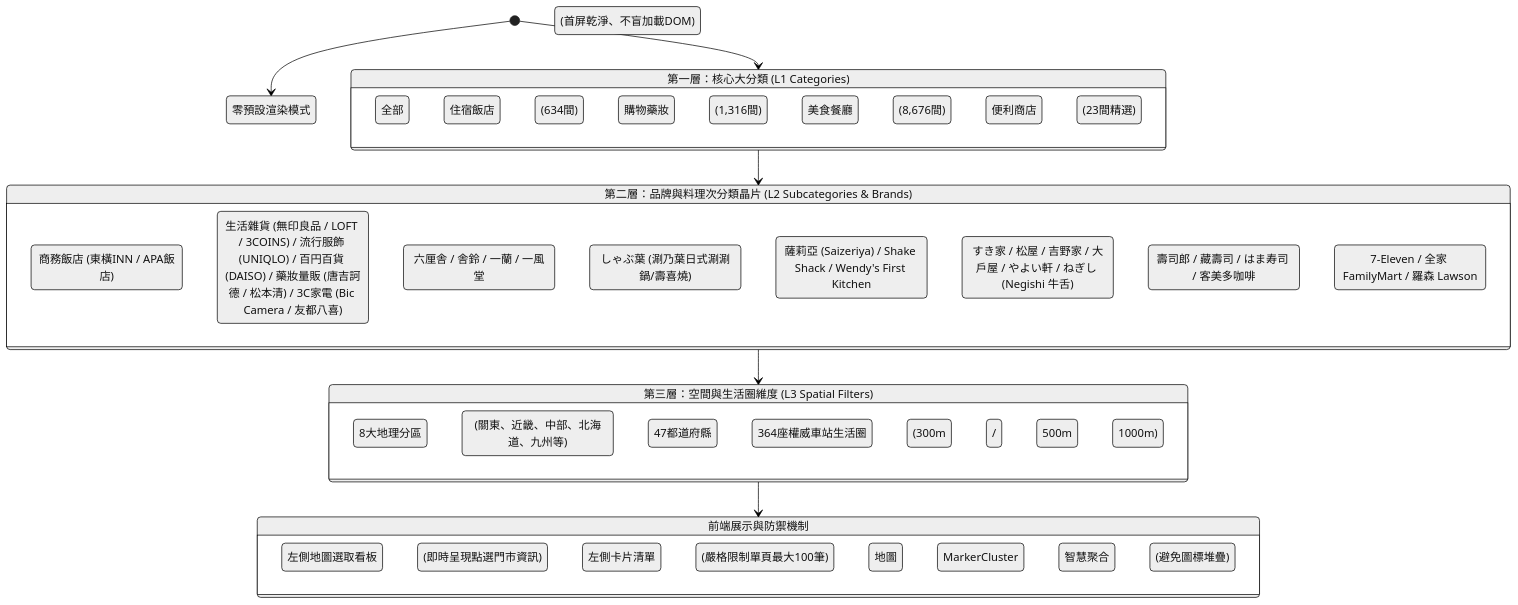
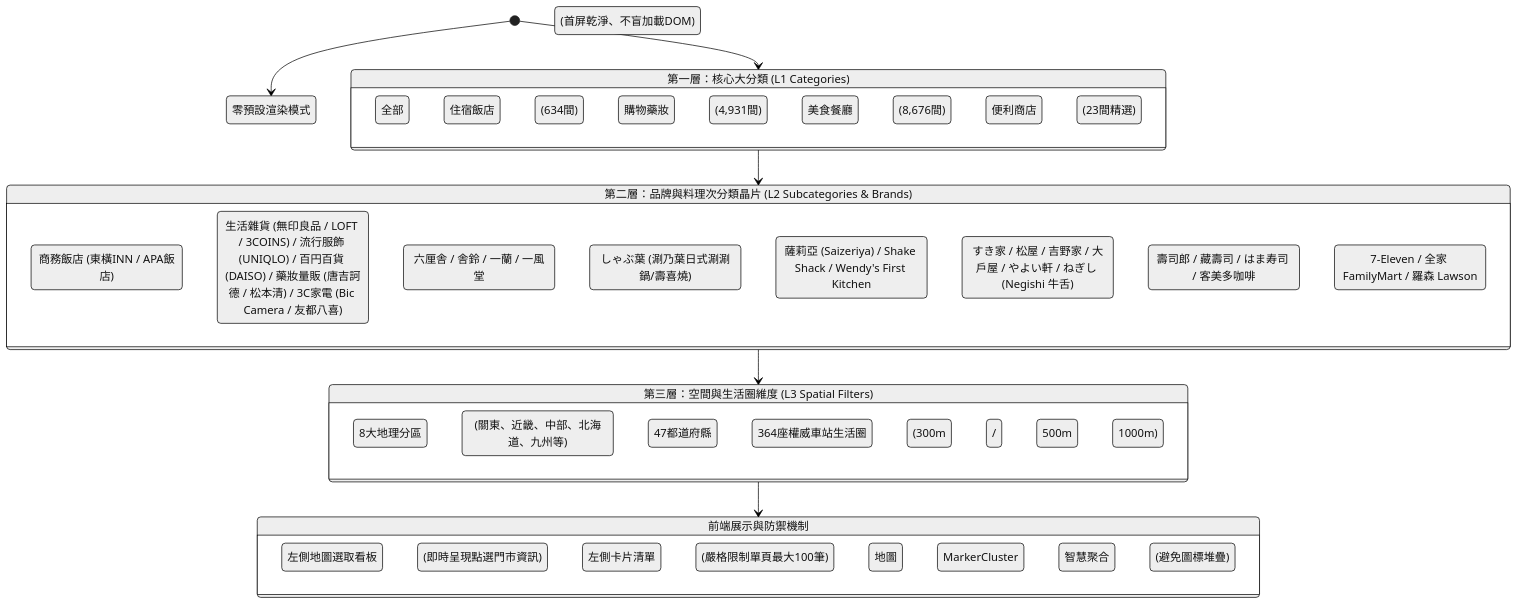
Before and after one commit to imhahac/japan-travel-map-guide: the second of 3 diagrams in docs/ARCHITECTURE.md, drawn with Mermaid (neutral theme). The commit also changed other lines of this file and 12 other files, not shown here.

````diff
--- a/docs/ARCHITECTURE.md
+++ b/docs/ARCHITECTURE.md
@@ -92,40 +92,40 @@
 ```mermaid
 stateDiagram-v2
     [*] --> 零預設渲染模式 (首屏乾淨、不盲加載DOM)
 
     state "第一層：核心大分類 (L1 Categories)" as L1 {
         全部
         住宿飯店 (634間)
-        購物藥妝 (1,316間)
+        購物藥妝 (4,931間)
         美食餐廳 (8,676間)
         便利商店 (23間精選)
     }
 
     state "第二層：品牌與料理次分類晶片 (L2 Subcategories & Brands)" as L2 {
         住宿: 商務飯店 (東橫INN / APA飯店)
         購物: 生活雜貨 (無印良品 / LOFT / 3COINS) / 流行服飾 (UNIQLO) / 百円百貨 (DAISO) / 藥妝量販 (唐吉訶德 / 松本清) / 3C家電 (Bic Camera / 友都八喜)
         拉麵: 六厘舎 / 舎鈴 / 一蘭 / 一風堂
         鍋物: しゃぶ葉 (涮乃葉日式涮涮鍋/壽喜燒)
         洋食家庭: 薩莉亞 (Saizeriya) / Shake Shack / Wendy's First Kitchen
         牛丼定食: すき家 / 松屋 / 吉野家 / 大戶屋 / やよい軒 / ねぎし (Negishi 牛舌)
         壽司咖啡: 壽司郎 / 藏壽司 / はま寿司 / 客美多咖啡
         超商: 7-Eleven / 全家 FamilyMart / 羅森 Lawson
     }
 
     state "第三層：空間與生活圈維度 (L3 Spatial Filters)" as L3 {
         8大地理分區 (關東、近畿、中部、北海道、九州等)
         47都道府縣
         364座權威車站生活圈 (300m / 500m / 1000m)
     }
 
     state "前端展示與防禦機制" as Output {
         左側地圖選取看板 (即時呈現點選門市資訊)
         左側卡片清單 (嚴格限制單頁最大100筆)
         地圖 MarkerCluster 智慧聚合 (避免圖標堆疊)
     }
 
     [*] --> L1
     L1 --> L2
     L2 --> L3
     L3 --> Output
 ```
````
